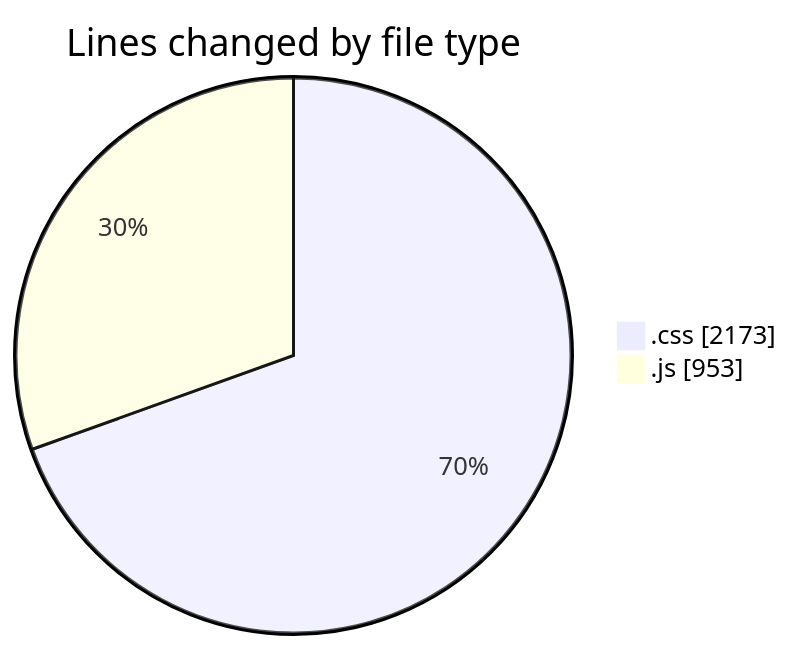
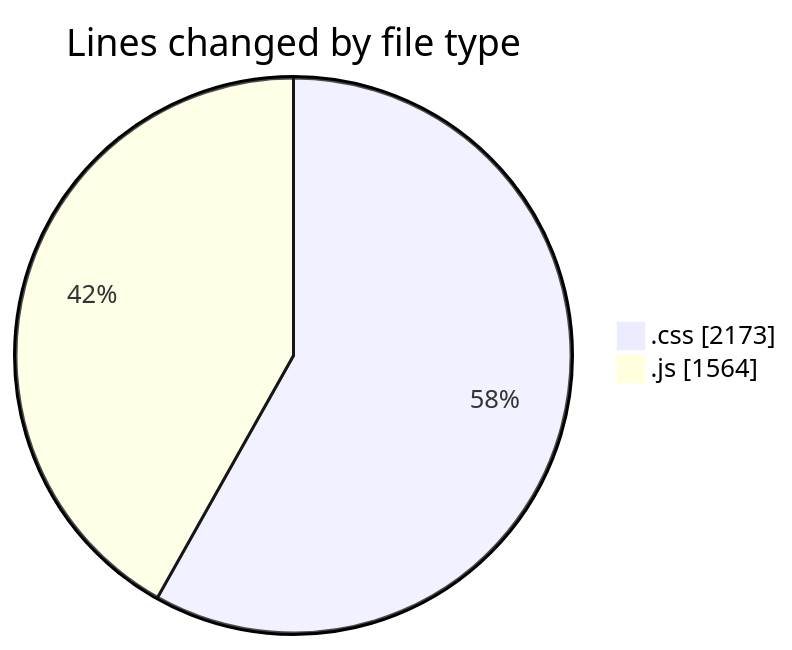
Before and after one commit to tmsrecording-cyber/code-tracking: the first of 2 diagrams in 2026-04-23/darkwire/README.md, drawn with Mermaid. The commit also changed other lines of this file and 1 other file, not shown here.

````diff
--- a/2026-04-23/darkwire/README.md
+++ b/2026-04-23/darkwire/README.md
@@ -25,6 +26,6 @@
 ```mermaid
 pie showData
 title Lines changed by file type
 ".css" : 2173
-".js" : 953
+".js" : 1564
 ```
````
